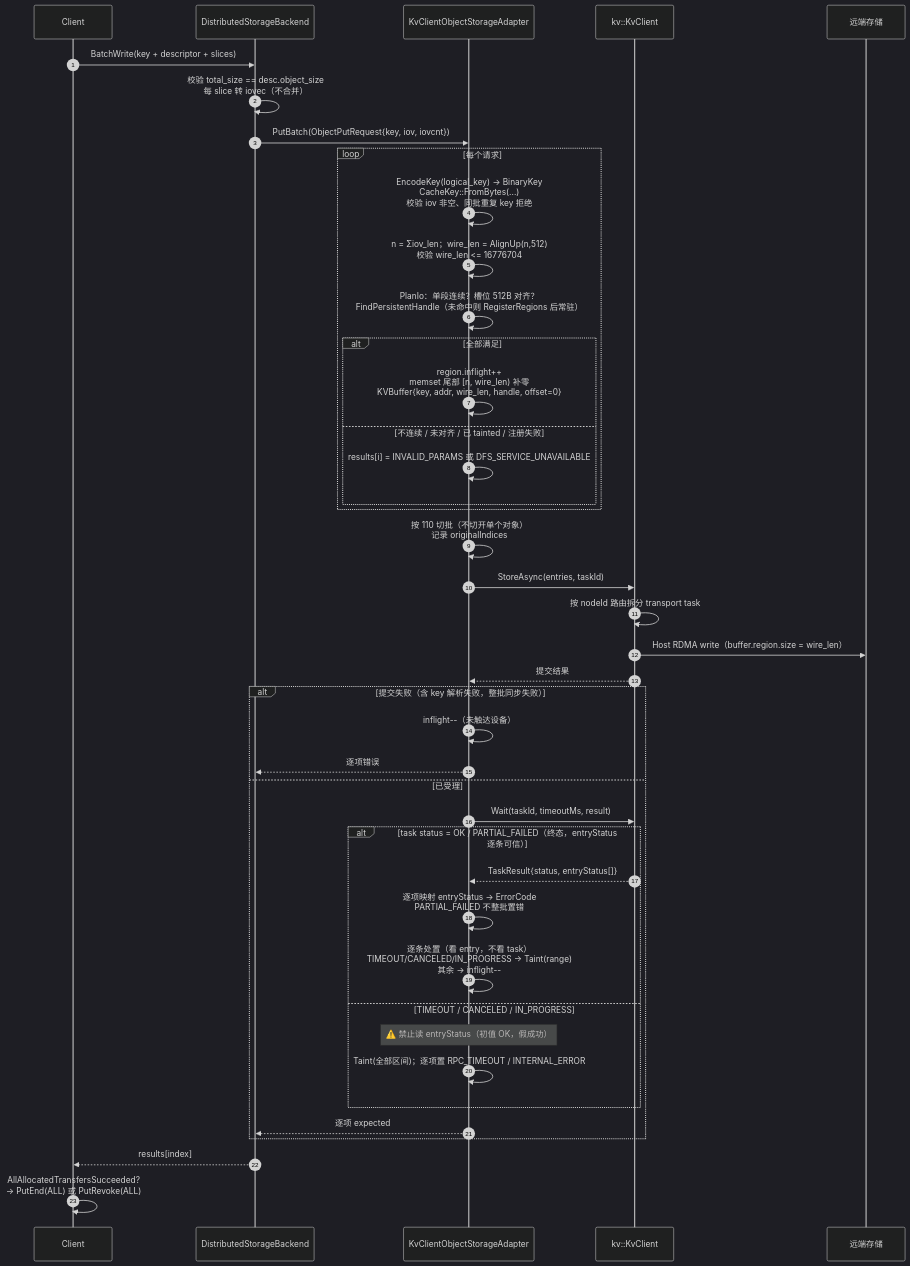
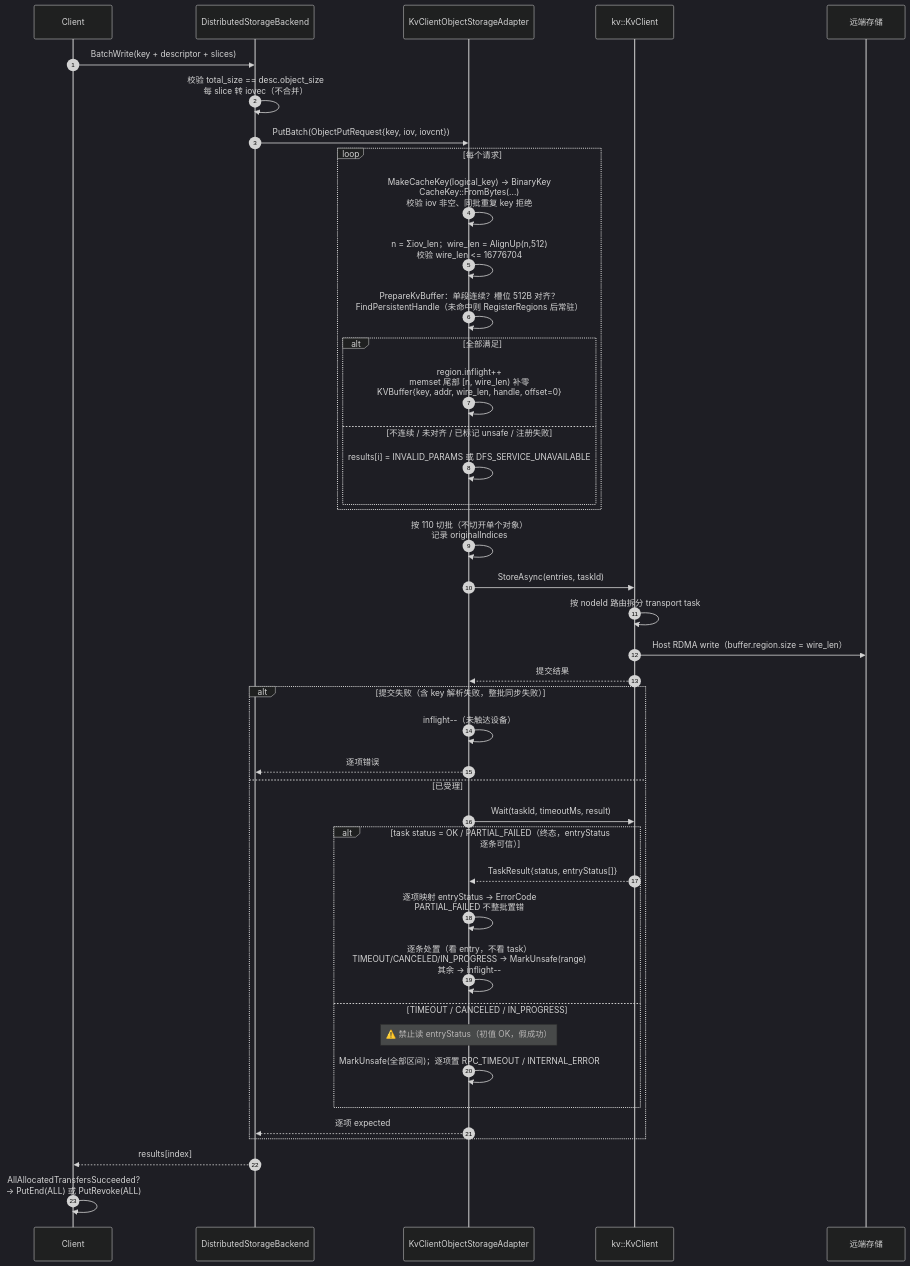
The ninth of 13 diagrams in Mooncake + KVClient L3 接入（Kvcs）- v3.md (zwj20000328-dotcom/Mooncake-documents), drawn with Mermaid (dark theme) before and after one commit. The commit also changed other lines of this file, not shown here.

````diff
--- a/Mooncake + KVClient L3 接入（Kvcs）- v3.md
+++ b/Mooncake + KVClient L3 接入（Kvcs）- v3.md
@@ -588,45 +588,45 @@
 ```mermaid
 sequenceDiagram
     autonumber
     participant C as Client
     participant BE as DistributedStorageBackend
     participant AD as KvClientObjectStorageAdapter
     participant SDK as kv::KvClient
     participant S as 远端存储
 
     C->>BE: BatchWrite(key + descriptor + slices)
     BE->>BE: 校验 total_size == desc.object_size<br/>每 slice 转 iovec（不合并）
     BE->>AD: PutBatch(ObjectPutRequest{key, iov, iovcnt})
     loop 每个请求
-        AD->>AD: EncodeKey(logical_key) → BinaryKey<br/>CacheKey::FromBytes(...)<br/>校验 iov 非空、同批重复 key 拒绝
+        AD->>AD: MakeCacheKey(logical_key) → BinaryKey<br/>CacheKey::FromBytes(...)<br/>校验 iov 非空、同批重复 key 拒绝
         AD->>AD: n = Σiov_len；wire_len = AlignUp(n,512)<br/>校验 wire_len <= 16776704
-        AD->>AD: PlanIo：单段连续？槽位 512B 对齐？<br/>FindPersistentHandle（未命中则 RegisterRegions 后常驻）
+        AD->>AD: PrepareKvBuffer：单段连续？槽位 512B 对齐？<br/>FindPersistentHandle（未命中则 RegisterRegions 后常驻）
         alt 全部满足
             AD->>AD: region.inflight++<br/>memset 尾部 [n, wire_len) 补零<br/>KVBuffer{key, addr, wire_len, handle, offset=0}
-        else 不连续 / 未对齐 / 已 tainted / 注册失败
+        else 不连续 / 未对齐 / 已标记 unsafe / 注册失败
             AD->>AD: results[i] = INVALID_PARAMS 或 DFS_SERVICE_UNAVAILABLE
         end
     end
     AD->>AD: 按 110 切批（不切开单个对象）<br/>记录 originalIndices
     AD->>SDK: StoreAsync(entries, taskId)
     SDK->>SDK: 按 nodeId 路由拆分 transport task
     SDK->>S: Host RDMA write（buffer.region.size = wire_len）
     SDK-->>AD: 提交结果
     alt 提交失败（含 key 解析失败，整批同步失败）
         AD->>AD: inflight--（未触达设备）
         AD-->>BE: 逐项错误
     else 已受理
         AD->>SDK: Wait(taskId, timeoutMs, result)
         alt task status = OK / PARTIAL_FAILED（终态，entryStatus 逐条可信）
             SDK-->>AD: TaskResult{status, entryStatus[]}
             AD->>AD: 逐项映射 entryStatus → ErrorCode<br/>PARTIAL_FAILED 不整批置错
-            AD->>AD: 逐条处置（看 entry，不看 task）<br/>TIMEOUT/CANCELED/IN_PROGRESS → Taint(range)<br/>其余 → inflight--
+            AD->>AD: 逐条处置（看 entry，不看 task）<br/>TIMEOUT/CANCELED/IN_PROGRESS → MarkUnsafe(range)<br/>其余 → inflight--
         else TIMEOUT / CANCELED / IN_PROGRESS
             Note over AD: ⚠️ 禁止读 entryStatus（初值 OK，假成功）
-            AD->>AD: Taint(全部区间)；逐项置 RPC_TIMEOUT / INTERNAL_ERROR
+            AD->>AD: MarkUnsafe(全部区间)；逐项置 RPC_TIMEOUT / INTERNAL_ERROR
         end
         AD-->>BE: 逐项 expected
     end
     BE-->>C: results[index]
     C->>C: AllAllocatedTransfersSucceeded?<br/>→ PutEnd(ALL) 或 PutRevoke(ALL)
 ```
````
